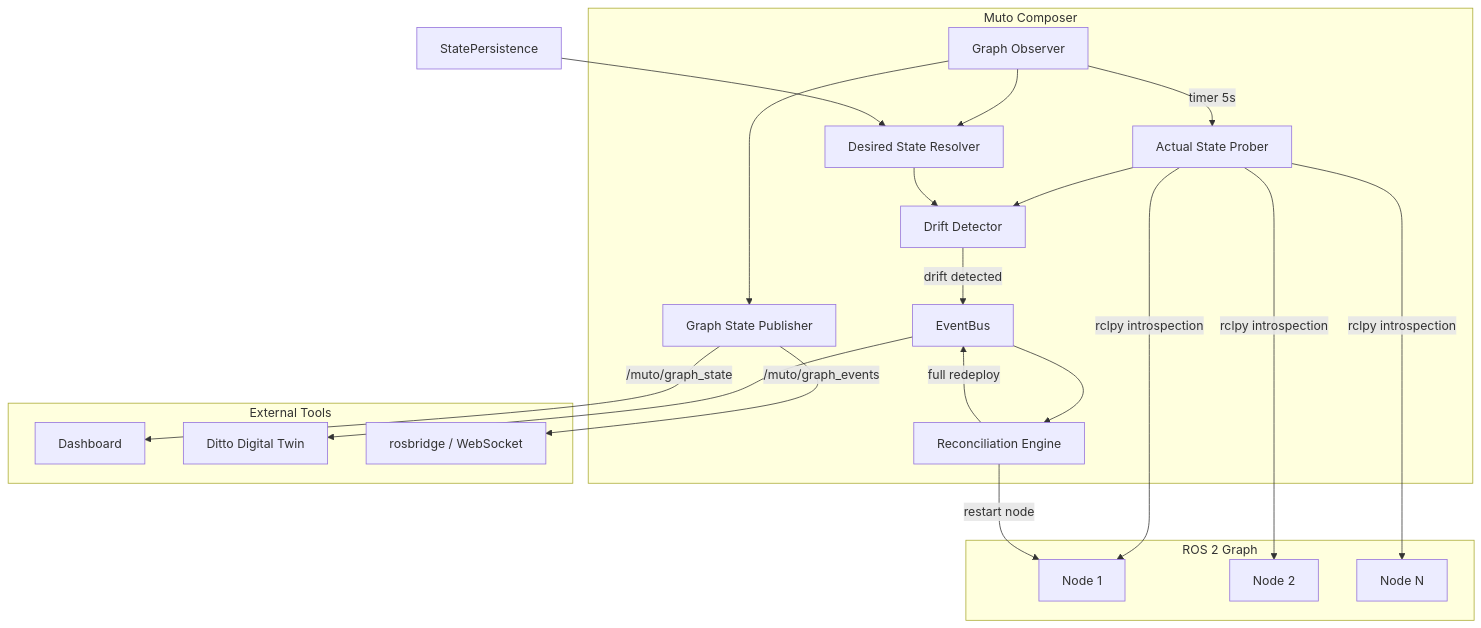
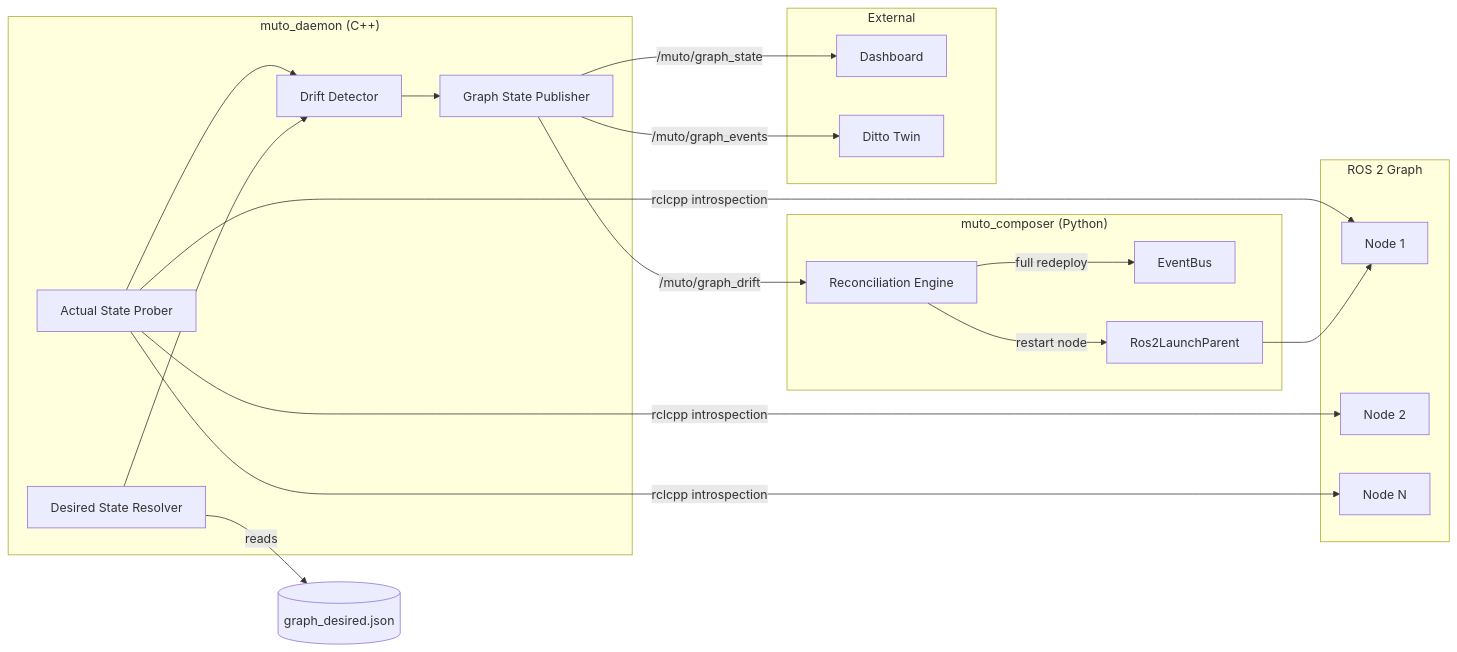
The second of 4 diagrams in docs/contributing/mep/MEP-0001.md (ibrahimsel/docs), drawn with Mermaid before and after one commit. The commit also changed other lines of this file and 2 other files, not shown here.

First line of the commit message:
docs: add Muto Daemon (C++ rclcpp) architecture to MEP-0001

````diff
--- a/docs/contributing/mep/MEP-0001.md
+++ b/docs/contributing/mep/MEP-0001.md
@@ -237,41 +257,40 @@
 ```mermaid
-graph TB
-    subgraph "Muto Composer"
-        GO[Graph Observer]
+graph LR
+    subgraph "muto_daemon (C++)"
         ASP[Actual State Prober]
         DSR[Desired State Resolver]
         DD[Drift Detector]
+        GSP[Graph State Publisher]
+    end
+
+    subgraph "muto_composer (Python)"
         RE[Reconciliation Engine]
-        GSP[Graph State Publisher]
         EB[EventBus]
+        LP[Ros2LaunchParent]
     end
 
     subgraph "ROS 2 Graph"
         N1[Node 1]
         N2[Node 2]
         NN[Node N]
     end
 
-    subgraph "External Tools"
+    subgraph "External"
         DB[Dashboard]
-        DT[Ditto Digital Twin]
-        WS[rosbridge / WebSocket]
+        DT[Ditto Twin]
     end
 
-    GO -->|timer 5s| ASP
-    ASP -->|rclpy introspection| N1
-    ASP -->|rclpy introspection| N2
-    ASP -->|rclpy introspection| NN
-    GO --> DSR
-    DSP[StatePersistence] --> DSR
+    ASP -->|rclcpp introspection| N1
+    ASP -->|rclcpp introspection| N2
+    ASP -->|rclcpp introspection| NN
+    DSR -->|reads| BL[(graph_desired.json)]
     ASP --> DD
     DSR --> DD
-    DD -->|drift detected| EB
-    EB --> RE
-    RE -->|restart node| N1
+    DD --> GSP
+    GSP -->|/muto/graph_state| DB
+    GSP -->|/muto/graph_drift| RE
+    GSP -->|/muto/graph_events| DT
+    RE -->|restart node| LP
+    LP --> N1
     RE -->|full redeploy| EB
-    GO --> GSP
-    GSP -->|/muto/graph_state| DB
-    GSP -->|/muto/graph_events| WS
-    EB --> DT
 ```
````
